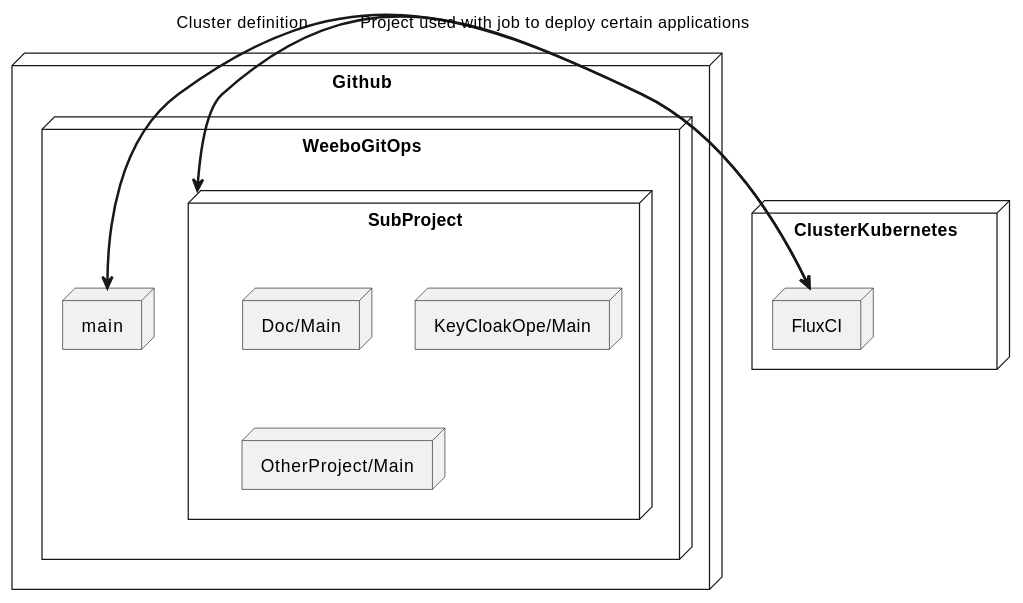
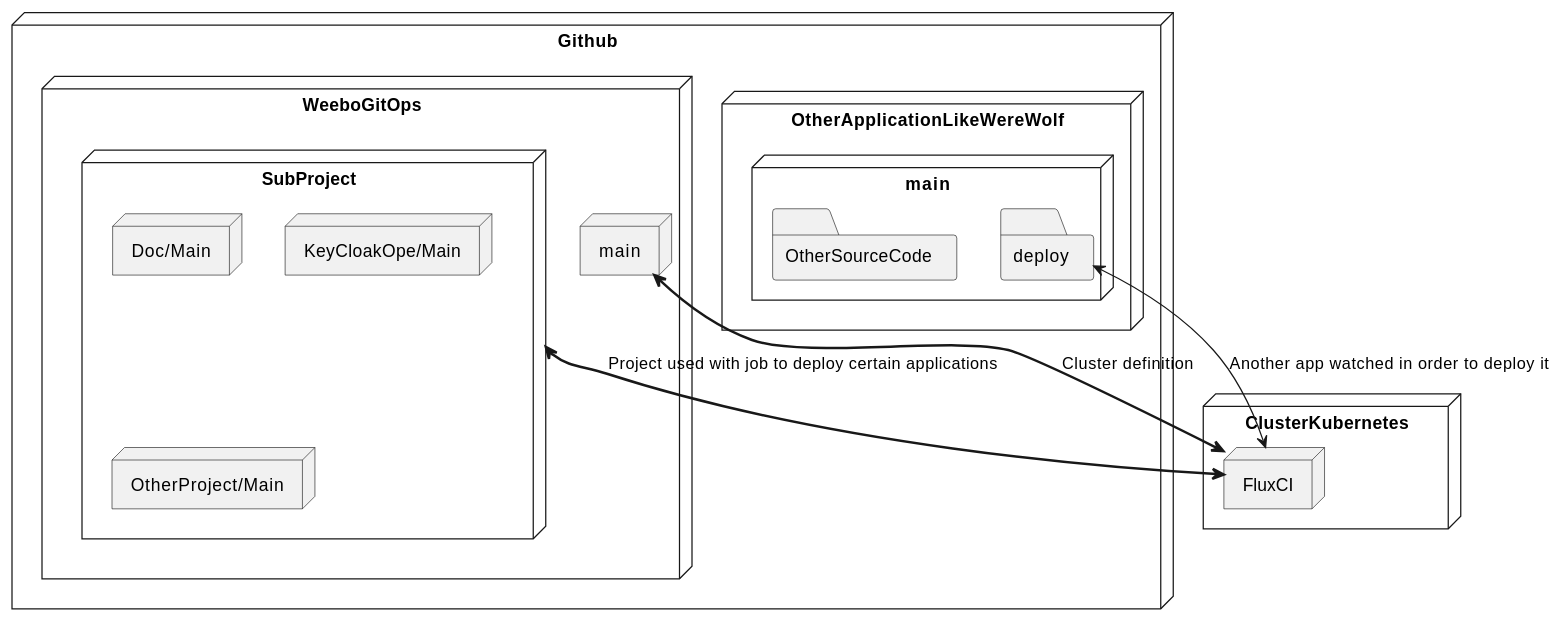
Before and after one commit to batleforc/WeeboGitOps: the diagram in docs/intro.md, drawn with PlantUML. The commit also changed other lines of this file, not shown here.

````diff
--- a/docs/intro.md
+++ b/docs/intro.md
@@ -13,19 +30,26 @@
 ```plantuml context
 node Github{
+  node OtherApplicationLikeWereWolf{
+    node main as werewolfMain{
+      folder deploy
+      folder OtherSourceCode
+    }
+  }
   node WeeboGitOps{
     node main
     node SubProject{
       node "Doc/Main" as docMain
       node "KeyCloakOpe/Main" as keyMain
       node "OtherProject/Main" as otherMain
     }
   }
 }
 
 node ClusterKubernetes{
   node FluxCI
 }
 
+deploy <--> FluxCI : "Another app watched in order to deploy it"
 main <=> FluxCI : "Cluster definition"
 SubProject <=> FluxCI : "Project used with job to deploy certain applications"
 ```
````
